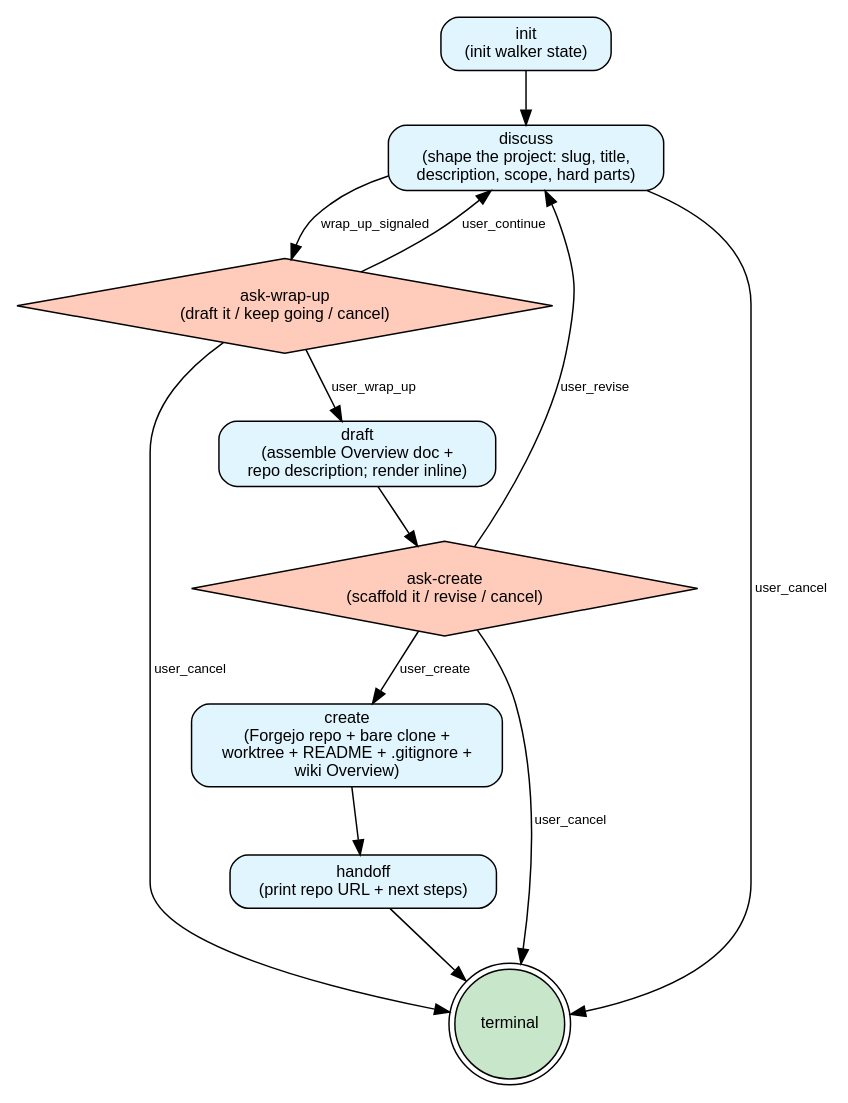
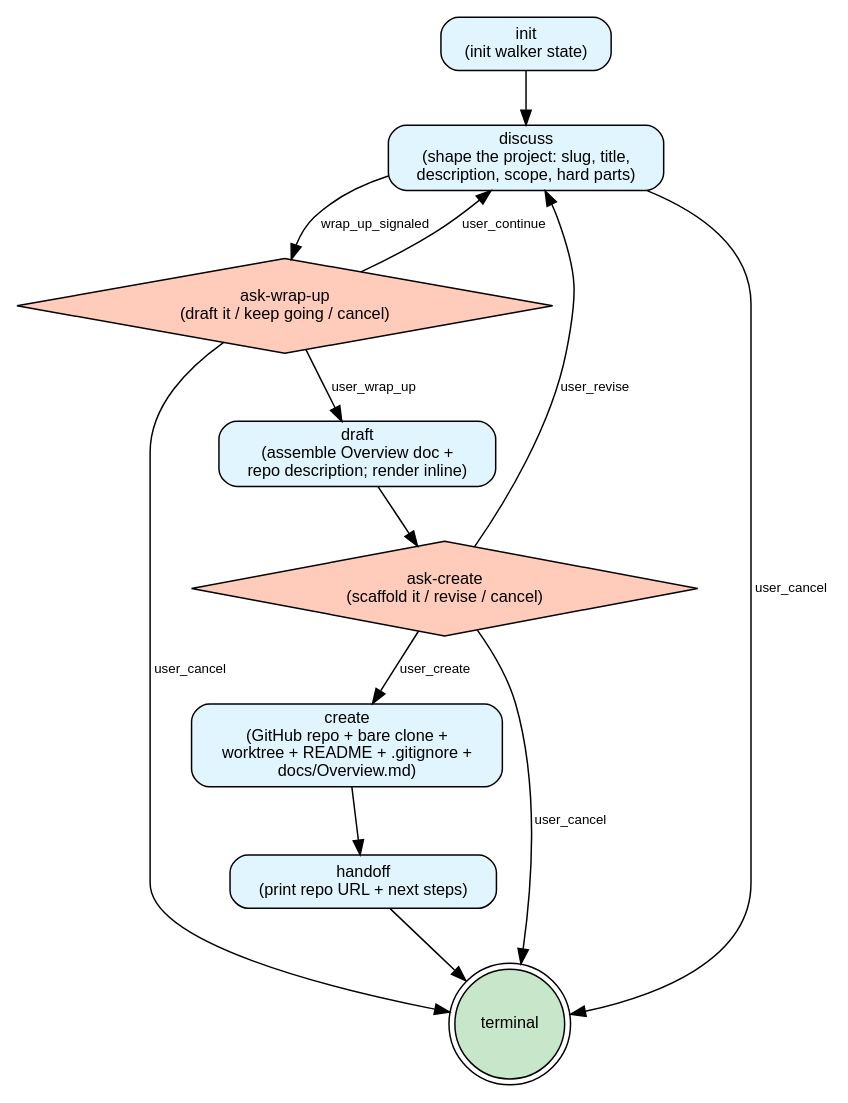
One commit to coreydaley/agent-config changed the diagram in skills/project-create/graph.dot. Above: the diagram before and after it, drawn with Graphviz. The commit also changed 146 other files, not shown here.

First line of the commit message:
chore: retarget agent-config from Forgejo/Outline to GitHub

```diff
--- a/skills/project-create/graph.dot
+++ b/skills/project-create/graph.dot
@@ -1,55 +1,55 @@
 // Project Create state machine.
 //
 // Guided discussion that shapes a new project, then scaffolds it:
-// Forgejo repo (projects/<slug>), bare clone, main worktree, README,
-// .gitignore, and wiki Overview page. Two outcomes only: cancel (nothing
+// GitHub repo (coreydaley/<slug>), bare clone, main worktree, README,
+// .gitignore, and docs/Overview.md. Two outcomes only: cancel (nothing
 // created) or approve (full scaffold). The creation gate is the only mutation.
 //
 // Render to SVG with scripts/render.sh. Validate with scripts/validate.py.
 
 digraph project_create {
     rankdir=TB;
     bgcolor="white";
     node  [fontname="Helvetica", fontsize=11];
     edge  [fontname="Helvetica", fontsize=9];
 
     // -- Process nodes -------------------------------------------------------
     init       [shape=box, style="rounded,filled", fillcolor="#e1f5fe",
                 label="init\n(init walker state)"];
     discuss    [shape=box, style="rounded,filled", fillcolor="#e1f5fe",
                 label="discuss\n(shape the project: slug, title,\ndescription, scope, hard parts)"];
     draft      [shape=box, style="rounded,filled", fillcolor="#e1f5fe",
                 label="draft\n(assemble Overview doc +\nrepo description; render inline)"];
     create     [shape=box, style="rounded,filled", fillcolor="#e1f5fe",
-                label="create\n(Forgejo repo + bare clone +\nworktree + README + .gitignore +\nwiki Overview)"];
+                label="create\n(GitHub repo + bare clone +\nworktree + README + .gitignore +\ndocs/Overview.md)"];
     handoff    [shape=box, style="rounded,filled", fillcolor="#e1f5fe",
                 label="handoff\n(print repo URL + next steps)"];
 
     // -- Decision nodes ------------------------------------------------------
     ask_wrap_up [shape=diamond, style=filled, fillcolor="#ffccbc",
                  label="ask-wrap-up\n(draft it / keep going / cancel)"];
     ask_create  [shape=diamond, style=filled, fillcolor="#ffccbc",
                  label="ask-create\n(scaffold it / revise / cancel)"];
 
     // -- Terminal ------------------------------------------------------------
     terminal   [shape=doublecircle, style=filled, fillcolor="#c8e6c9",
                 label="terminal"];
 
     // -- Edges ---------------------------------------------------------------
     init        -> discuss;
     create      -> handoff;
     handoff     -> terminal;
 
     discuss -> ask_wrap_up [label="wrap_up_signaled"];
     discuss -> terminal    [label="user_cancel"];
 
     ask_wrap_up -> draft    [label="user_wrap_up"];
     ask_wrap_up -> discuss  [label="user_continue"];
     ask_wrap_up -> terminal [label="user_cancel"];
 
     draft -> ask_create;
 
     ask_create -> create   [label="user_create"];
     ask_create -> discuss  [label="user_revise"];
     ask_create -> terminal [label="user_cancel"];
 }
```
